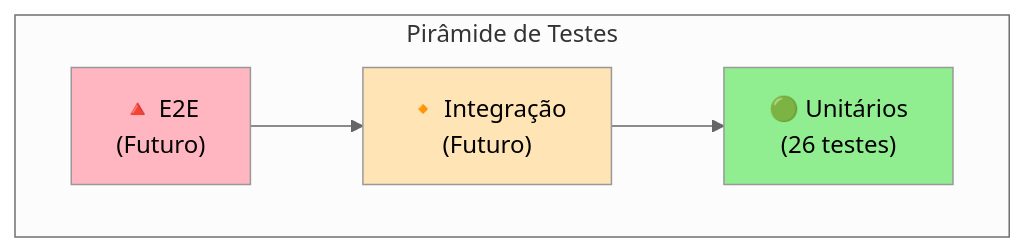
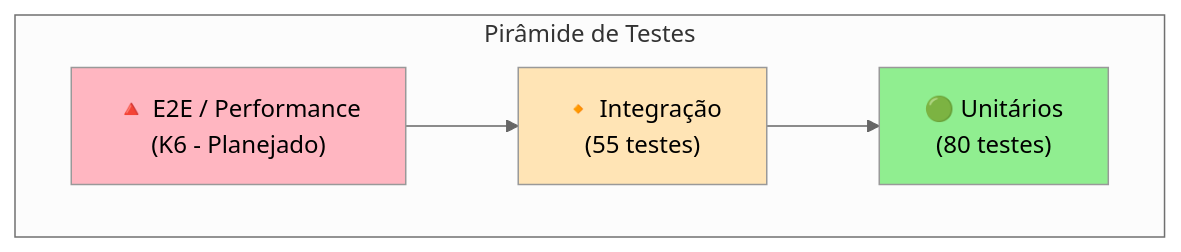
The first of 2 diagrams in docs/TESTES.md (nelson1987/desafio-cashflow), drawn with Mermaid (neutral theme) before and after one commit. The commit also changed other lines of this file and 3 other files, not shown here.

````diff
--- a/docs/TESTES.md
+++ b/docs/TESTES.md
@@ -15,15 +17,15 @@
 ```mermaid
 graph TB
     subgraph Pirâmide["Pirâmide de Testes"]
-        E2E["🔺 E2E<br/>(Futuro)"]
-        Integration["🔸 Integração<br/>(Futuro)"]
-        Unit["🟢 Unitários<br/>(26 testes)"]
+        E2E["🔺 E2E / Performance<br/>(K6 - Planejado)"]
+        Integration["🔸 Integração<br/>(55 testes)"]
+        Unit["🟢 Unitários<br/>(80 testes)"]
     end
     
     E2E --> Integration
     Integration --> Unit
     
     style Unit fill:#90EE90
     style Integration fill:#FFE4B5
     style E2E fill:#FFB6C1
 ```
````
